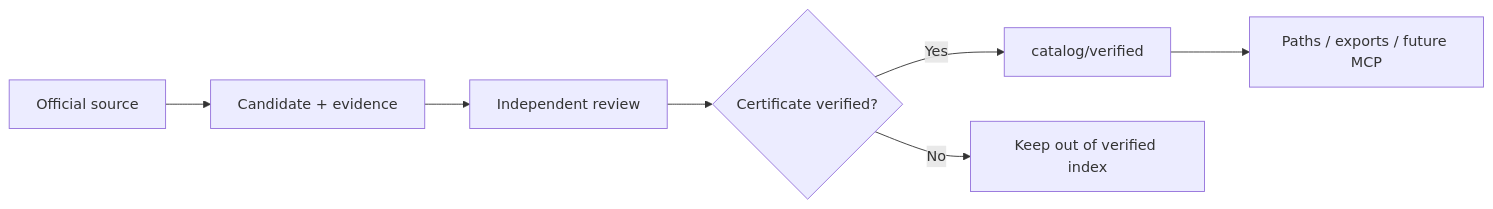
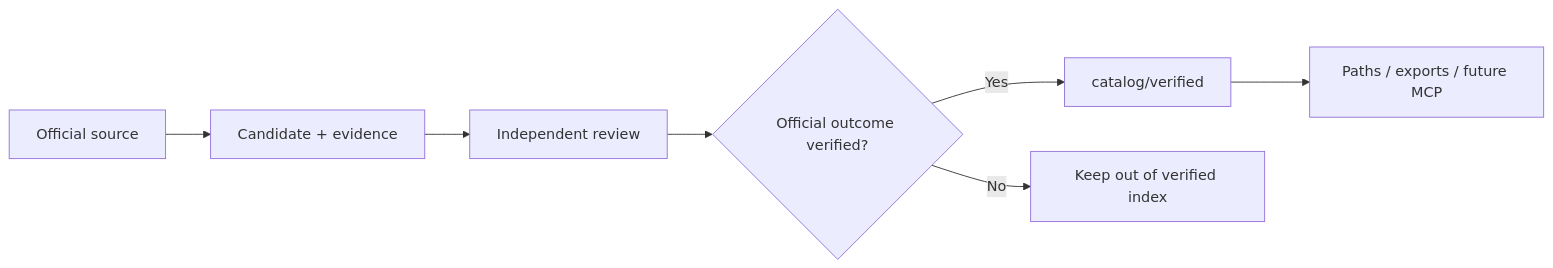
One commit to effexorxruser/open-it-learning changed the diagram in docs/ARCHITECTURE.md. Above: the diagram before and after it, drawn with Mermaid. The commit also changed other lines of this file and 14 other files, not shown here.

````diff
--- a/docs/ARCHITECTURE.md
+++ b/docs/ARCHITECTURE.md
@@ -28,9 +28,9 @@
 ```mermaid
 flowchart LR
   A["Official source"] --> B["Candidate + evidence"]
   B --> C["Independent review"]
-  C --> D{"Certificate verified?"}
+  C --> D{"Official outcome verified?"}
   D -->|"Yes"| E["catalog/verified"]
   D -->|"No"| F["Keep out of verified index"]
   E --> G["Paths / exports / future MCP"]
 ```
````
